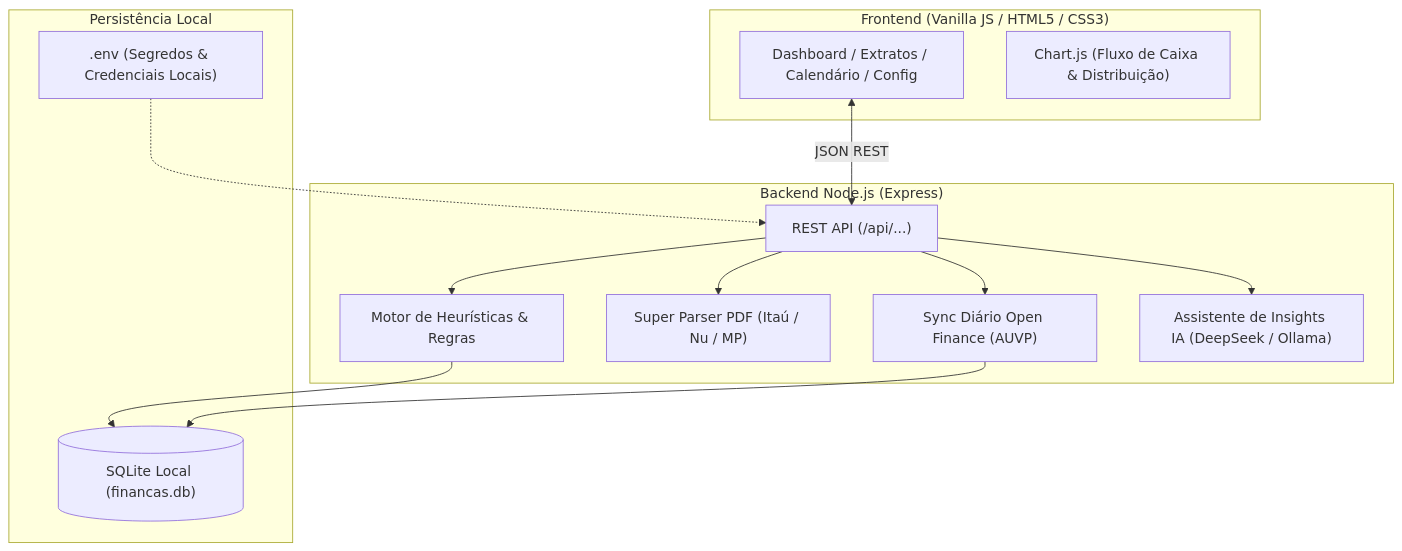
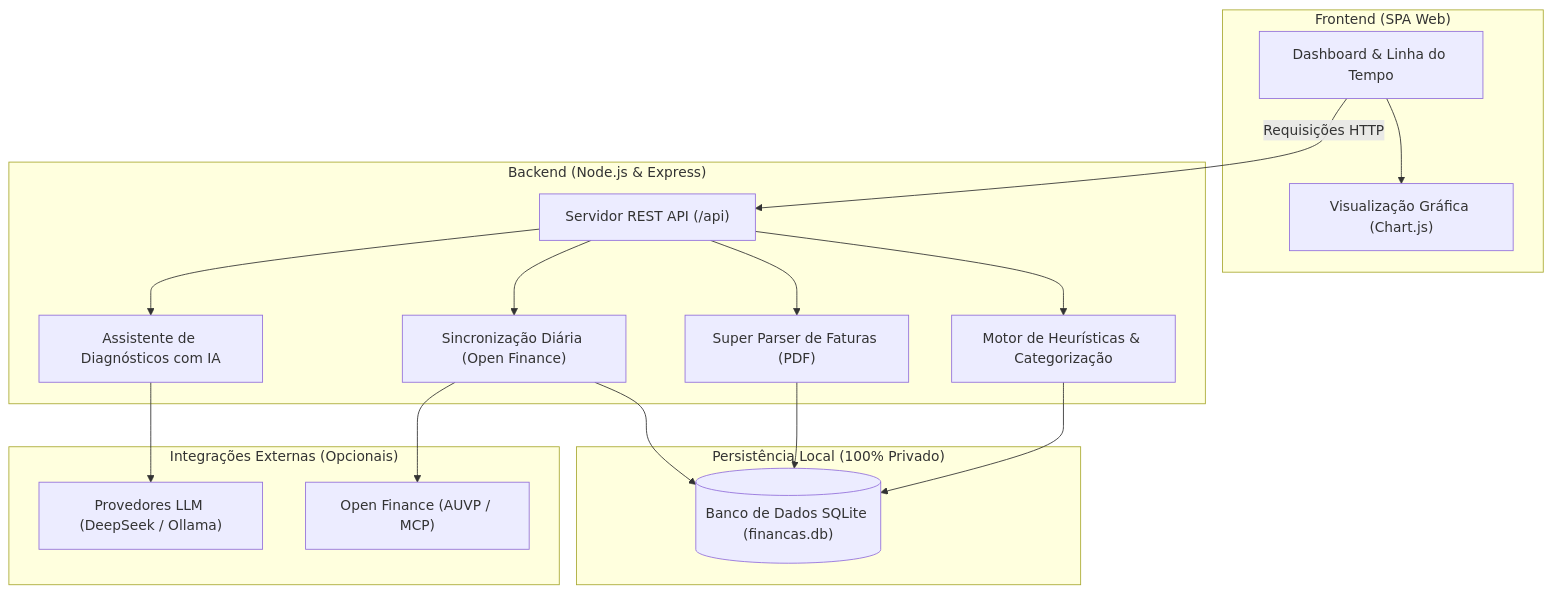
One commit to EvanderLucena/leftover-finance changed the diagram in README.md. Above: the diagram before and after it, drawn with Mermaid.

Commit message:
fix(docs): simplify and fix Mermaid diagram layout for GitHub renderer

````diff
--- a/README.md
+++ b/README.md
@@ -71,29 +71,38 @@
 ```mermaid
 flowchart TD
-    subgraph Frontend["Frontend (Vanilla JS / HTML5 / CSS3)"]
-        UI["Dashboard / Extratos / Calendário / Config"]
-        Charts["Chart.js (Fluxo de Caixa & Distribuição)"]
+    subgraph C1["Frontend (SPA Web)"]
+        UI["Dashboard & Linha do Tempo"]
+        Charts["Visualização Gráfica (Chart.js)"]
+        UI --> Charts
     end
 
-    subgraph Backend["Backend Node.js (Express)"]
-        API["REST API (/api/...)"]
-        Engine["Motor de Heurísticas & Regras"]
-        Parser["Super Parser PDF (Itaú / Nu / MP)"]
-        SyncEngine["Sync Diário Open Finance (AUVP)"]
-        IAEngine["Assistente de Insights IA (DeepSeek / Ollama)"]
+    subgraph C2["Backend (Node.js & Express)"]
+        API["Servidor REST API (/api)"]
+        Rules["Motor de Heurísticas & Categorização"]
+        Parser["Super Parser de Faturas (PDF)"]
+        Sync["Sincronização Diária (Open Finance)"]
+        AI["Assistente de Diagnósticos com IA"]
+
+        API --> Rules
+        API --> Parser
+        API --> Sync
+        API --> AI
     end
 
-    subgraph Storage["Persistência Local"]
-        DB[("SQLite Local (financas.db)")]
-        Env[".env (Segredos & Credenciais Locais)"]
+    subgraph C3["Persistência Local (100% Privado)"]
+        DB[("Banco de Dados SQLite (financas.db)")]
     end
 
-    UI <-->|JSON REST| API
-    API --> Engine
-    API --> Parser
-    API --> SyncEngine
-    API --> IAEngine
-    Engine --> DB
-    SyncEngine --> DB
-    Env -.-> API
+    subgraph C4["Integrações Externas (Opcionais)"]
+        AUVP["Open Finance (AUVP / MCP)"]
+        LLM["Provedores LLM (DeepSeek / Ollama)"]
+    end
+
+    UI -->|Requisições HTTP| API
+    Rules --> DB
+    Parser --> DB
+    Sync --> DB
+
+    Sync --> AUVP
+    AI --> LLM
 ```
````
